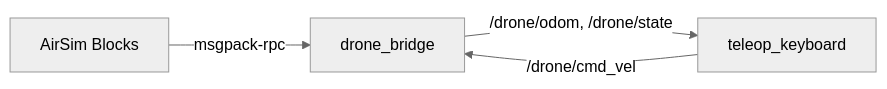
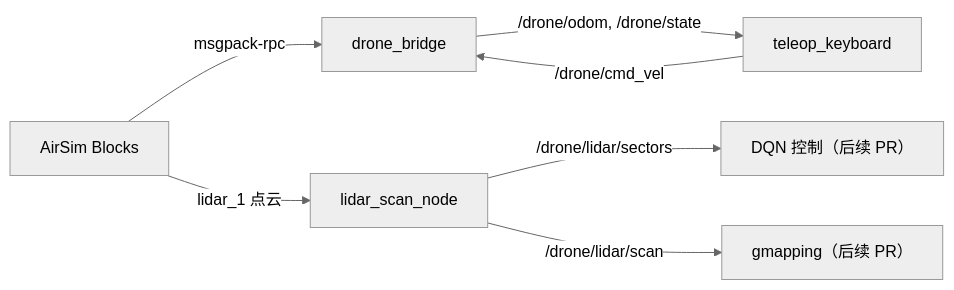
Before and after one commit to OpenHUTB/ros2: the diagram in docs/air/uav_lidar_dqn_navigation/index.md, drawn with Mermaid (neutral theme). The commit also changed other lines of this file and 8 other files, not shown here.

````diff
--- a/docs/air/uav_lidar_dqn_navigation/index.md
+++ b/docs/air/uav_lidar_dqn_navigation/index.md
@@ -40,6 +40,9 @@
 ```mermaid
 flowchart LR
     A[AirSim Blocks] -- msgpack-rpc --> B[drone_bridge]
     B -- /drone/odom, /drone/state --> C[teleop_keyboard]
     C -- /drone/cmd_vel --> B
+    A -- lidar_1 点云 --> D[lidar_scan_node]
+    D -- /drone/lidar/sectors --> E[DQN 控制（后续 PR）]
+    D -- /drone/lidar/scan --> F[gmapping（后续 PR）]
 ```
````
